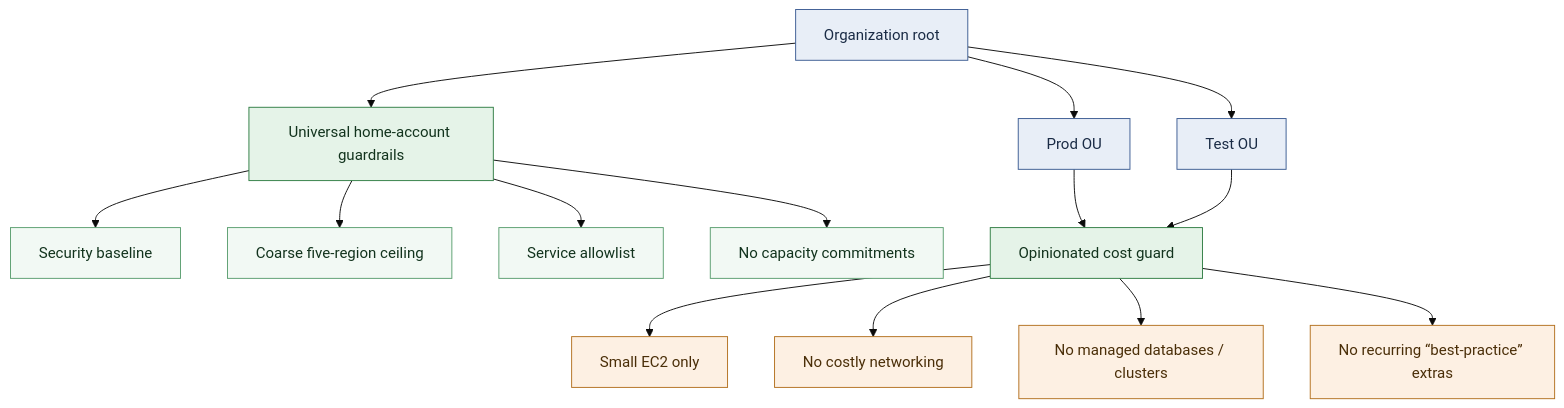
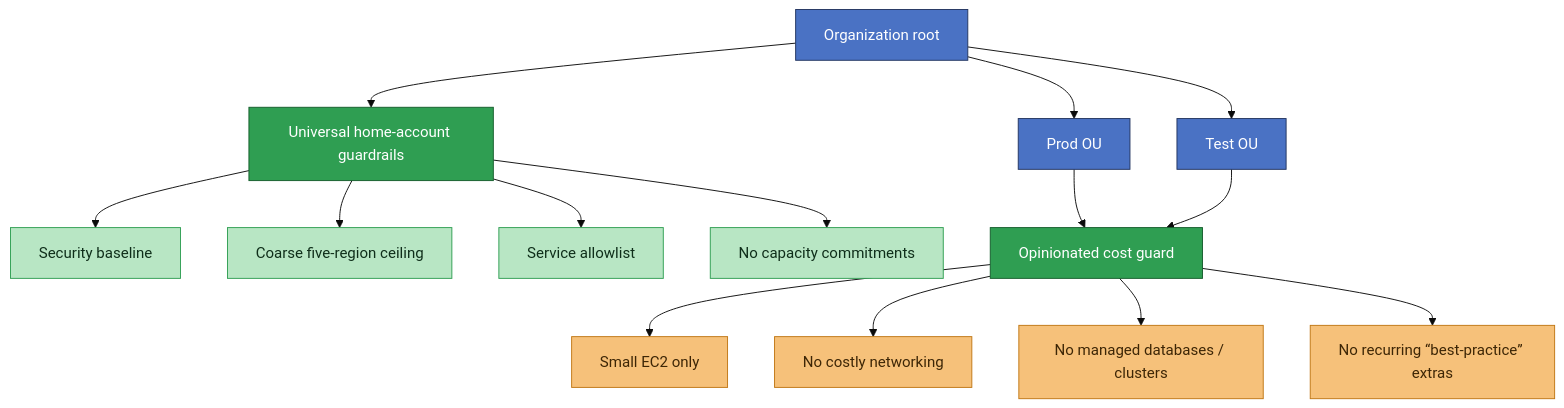
The second of 2 diagrams in README.md (realcloudnative/personal-aws-guardrails), drawn with Mermaid (base theme) before and after one commit.

Commit message:
Strengthen diagram colors for clearer distinction

````diff
--- a/README.md
+++ b/README.md
@@ -143,32 +143,32 @@
 ```mermaid
 flowchart TD
     Root[Organization root]
     Prod[Prod OU]
     Test[Test OU]
 
     Root --> Universal[Universal home-account guardrails]
     Universal --> U1[Security baseline]
     Universal --> U2[Coarse five-region ceiling]
     Universal --> U3[Service allowlist]
     Universal --> U4[No capacity commitments]
 
     Root --> Prod
     Root --> Test
     Prod --> Opinionated[Opinionated cost guard]
     Test --> Opinionated
 
     Opinionated --> O1[Small EC2 only]
     Opinionated --> O2[No costly networking]
     Opinionated --> O3[No managed databases / clusters]
     Opinionated --> O4[No recurring “best-practice” extras]
 
-    classDef structure fill:#e8eef7,stroke:#3b5b92,color:#1a2b45;
-    classDef policy fill:#e5f3e8,stroke:#2f7d43,color:#12331d;
-    classDef universalItem fill:#f2f9f4,stroke:#5a9e6f,color:#12331d;
-    classDef opinionatedItem fill:#fdf0e3,stroke:#b3701f,color:#4a2e08;
+    classDef structure fill:#4a72c4,stroke:#22345f,color:#ffffff;
+    classDef policy fill:#2f9e52,stroke:#155d2c,color:#ffffff;
+    classDef universalItem fill:#b8e6c4,stroke:#2f9e52,color:#0f2e1a;
+    classDef opinionatedItem fill:#f6c17a,stroke:#c07715,color:#3d2606;
 
     class Root,Prod,Test structure;
     class Universal,Opinionated policy;
     class U1,U2,U3,U4 universalItem;
     class O1,O2,O3,O4 opinionatedItem;
 ```
````
